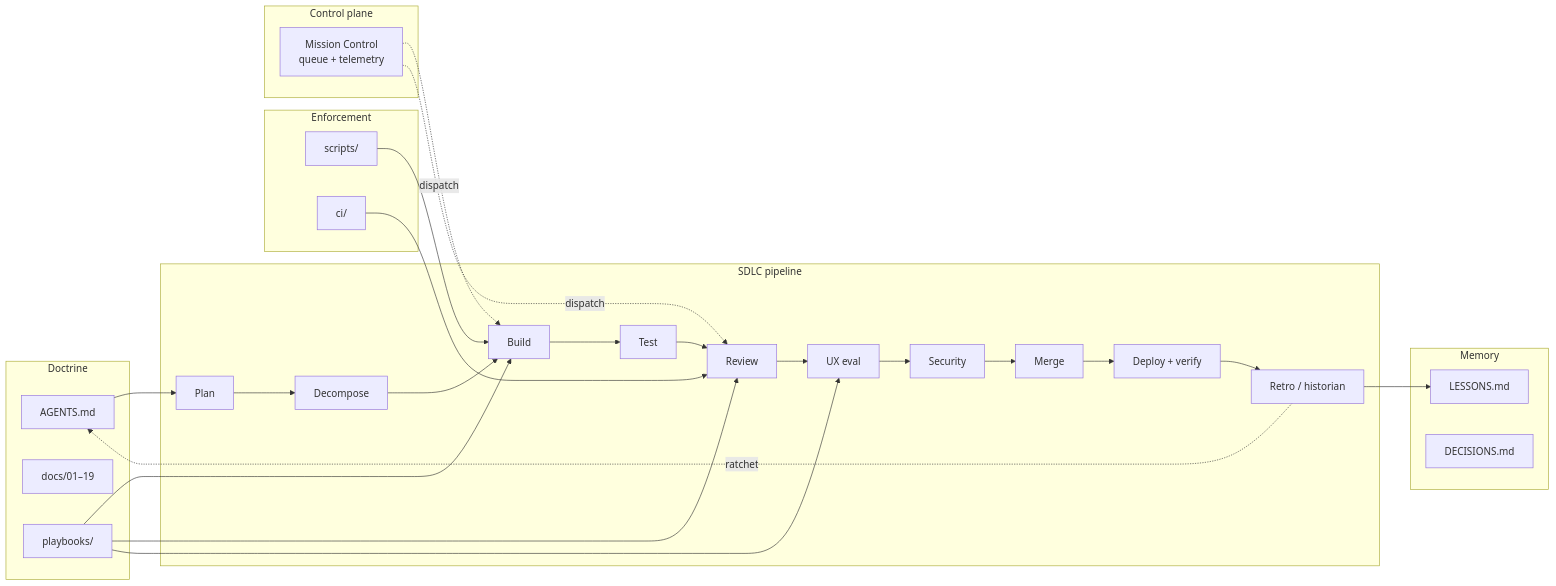
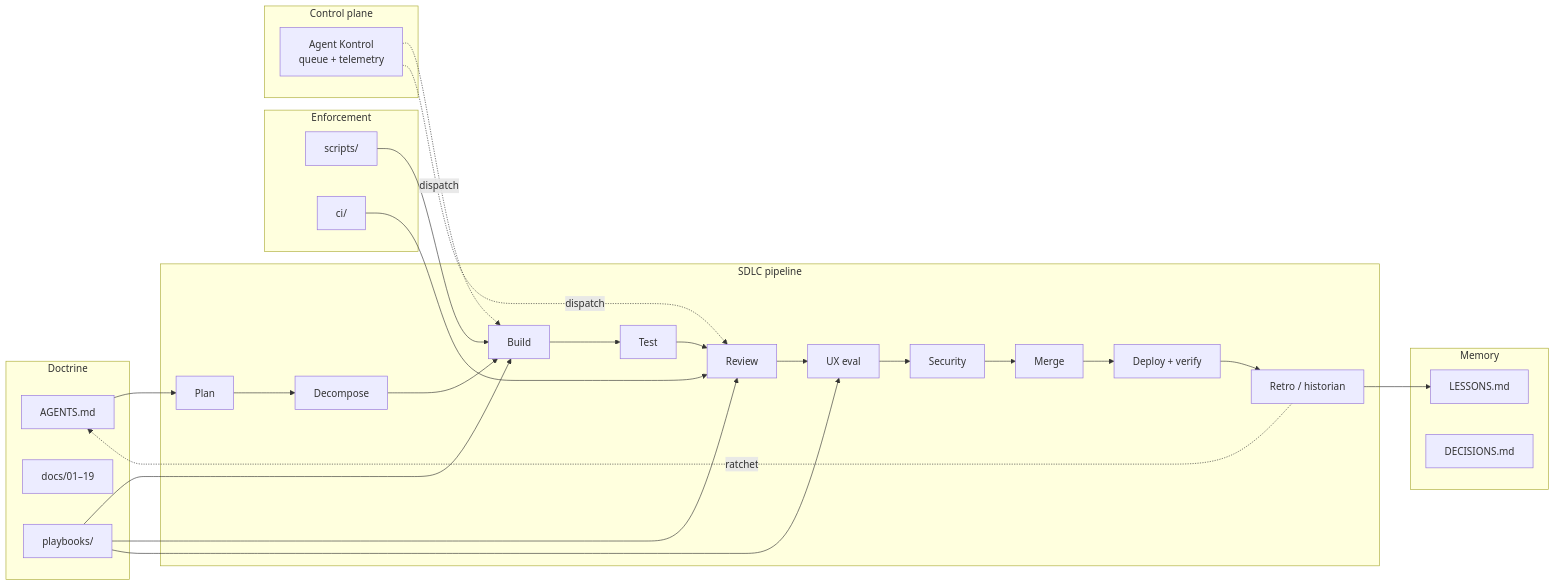
One commit to The-AIE/the-gibson changed the diagram in README.md. Above: the diagram before and after it, drawn with Mermaid. The commit also changed other lines of this file and 45 other files, not shown here.

First line of the commit message:
docs: Mission Control is now Agent Kontrol; add docs/31 on how the two work together (#581)

````diff
--- a/README.md
+++ b/README.md
@@ -77,40 +77,40 @@
 ```mermaid
 flowchart LR
   subgraph doctrine["Doctrine"]
     AG["AGENTS.md"]
     DOCS["docs/01–19"]
     PB["playbooks/"]
   end
   subgraph pipeline["SDLC pipeline"]
     P[Plan] --> D[Decompose]
     D --> B[Build]
     B --> T[Test]
     T --> R[Review]
     R --> U[UX eval]
     U --> S[Security]
     S --> M[Merge]
     M --> V[Deploy + verify]
     V --> H[Retro / historian]
     H -.->|ratchet| AG
   end
   subgraph enforce["Enforcement"]
     SCR["scripts/"]
     CI["ci/"]
   end
   subgraph memory["Memory"]
     LES["LESSONS.md"]
     DEC["DECISIONS.md"]
   end
   subgraph external["Control plane"]
-    MC["Mission Control\nqueue + telemetry"]
+    AK["Agent Kontrol\nqueue + telemetry"]
   end
   AG --> P
   PB --> B
   PB --> R
   PB --> U
   SCR --> B
   CI --> R
   H --> LES
-  MC -.->|dispatch| B
-  MC -.->|dispatch| R
+  AK -.->|dispatch| B
+  AK -.->|dispatch| R
 ```
````
